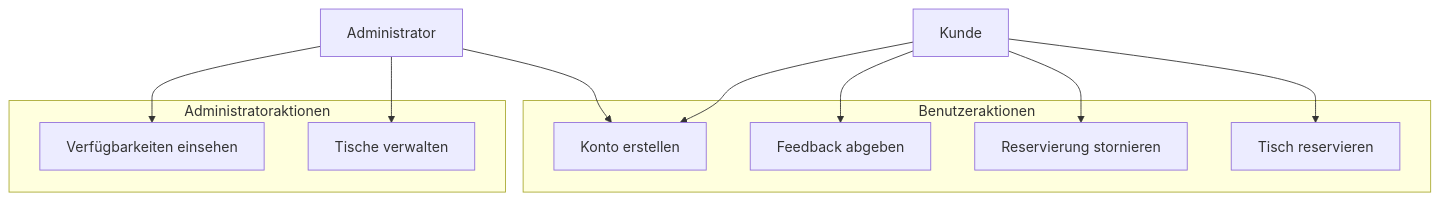
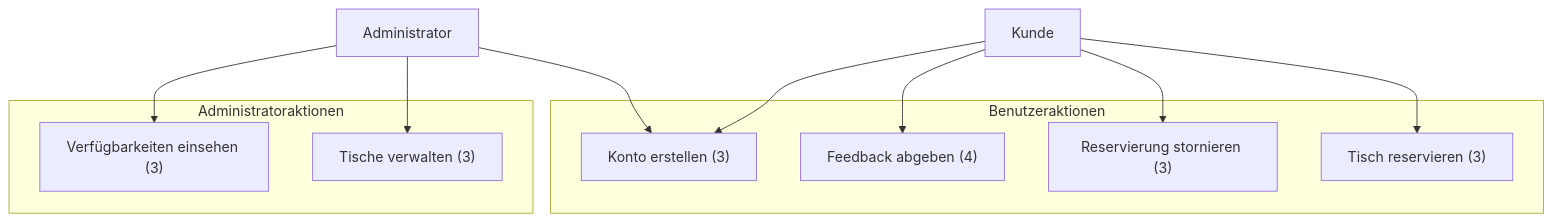
One commit to AlinaBoess/SoftwareEngineeringProjektTINF23B5 changed the diagram in documentation/SoftwareRequirementDocumentation.md. Above: the diagram before and after it, drawn with Mermaid. The commit also changed other lines of this file, not shown here.

````diff
--- a/documentation/SoftwareRequirementDocumentation.md
+++ b/documentation/SoftwareRequirementDocumentation.md
@@ -120,23 +120,23 @@
 ```mermaid
 graph TD
   subgraph "Benutzeraktionen"
-    UC1["Tisch reservieren"]
-    UC2["Reservierung stornieren"]
-    UC3["Feedback abgeben"]
-    UC4["Konto erstellen"]
+    UC1["Tisch reservieren (3)"]
+    UC2["Reservierung stornieren (3)"]
+    UC3["Feedback abgeben (4)"]
+    UC4["Konto erstellen (3)"]
   end
 
   subgraph "Administratoraktionen"
-    UC5["Tische verwalten"]
-    UC6["Verfügbarkeiten einsehen"]
+    UC5["Tische verwalten (3)"]
+    UC6["Verfügbarkeiten einsehen (3)"]
   end
 
   Kunde["Kunde"] --> UC1
   Kunde --> UC2
   Kunde --> UC3
   Kunde --> UC4
 
   Admin["Administrator"] --> UC4
   Admin --> UC5
   Admin --> UC6
 ```
````
